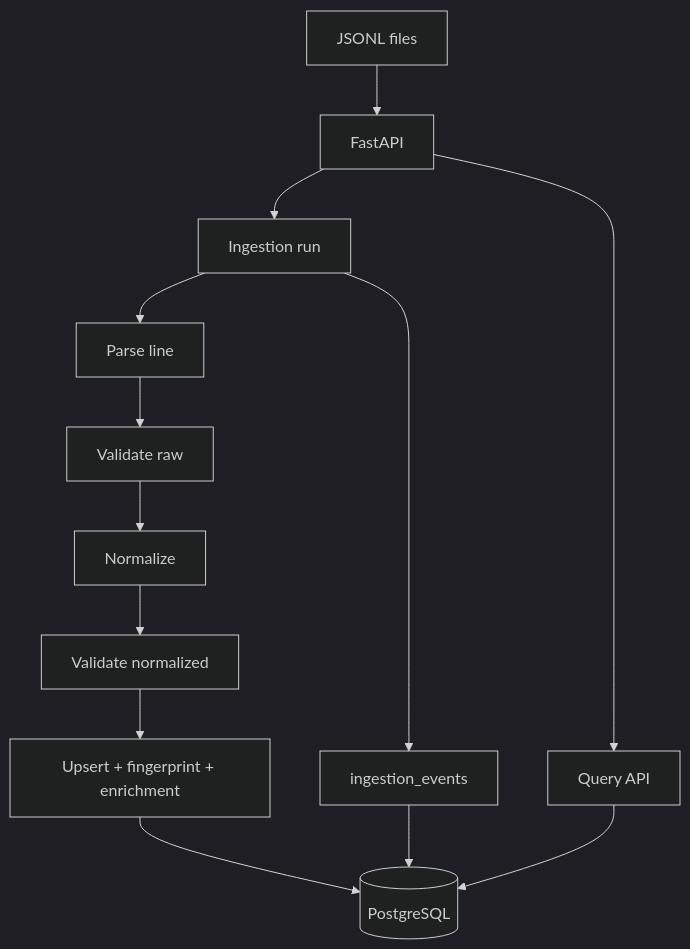
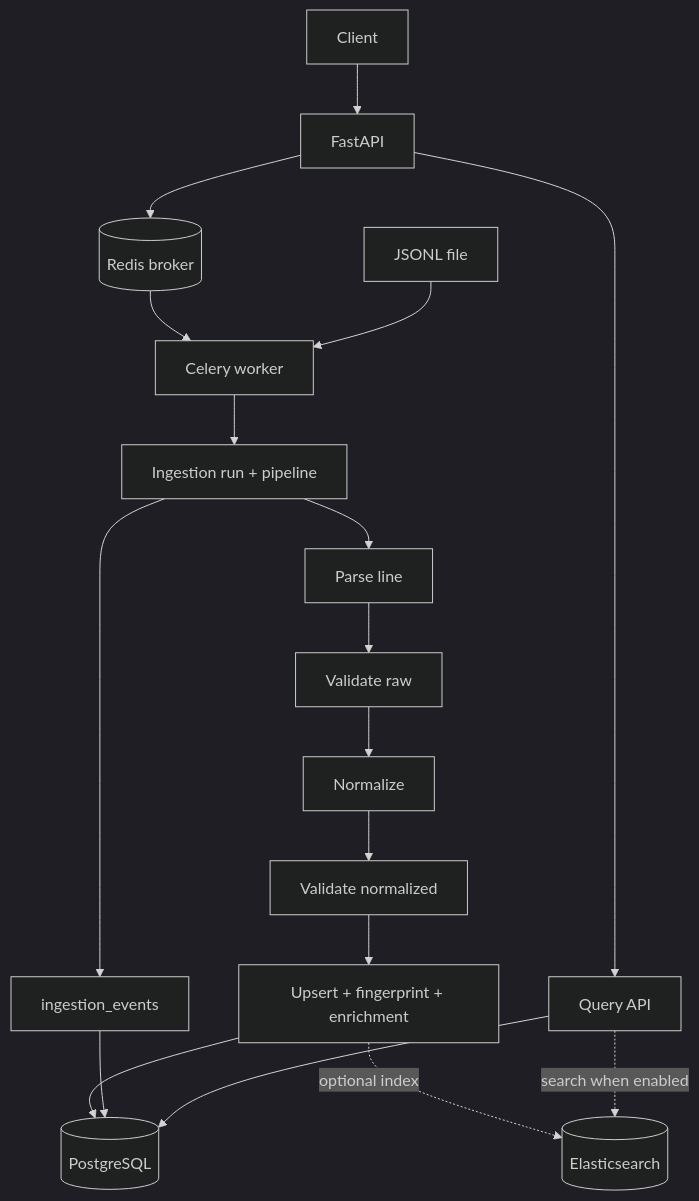
One commit to alexkos/test_documents changed the second of 3 diagrams in README.md. Above: the diagram before and after it, drawn with Mermaid (dark theme). The commit also changed other lines of this file and 18 other files, not shown here.

Commit message:
add elasticsearch for =search parameter of /documents... endpoint

````diff
--- a/README.md
+++ b/README.md
@@ -88,15 +90,20 @@
 ```mermaid
 flowchart TD
-    A[JSONL files] --> B[FastAPI]
-    B --> C[Ingestion run]
+    Client[Client] --> API[FastAPI]
+    API --> Redis[(Redis broker)]
+    Redis --> W[Celery worker]
+    J[JSONL file] --> W
+    W --> C[Ingestion run + pipeline]
     C --> P[Parse line]
     P --> VR[Validate raw]
     VR --> N[Normalize]
     N --> VN[Validate normalized]
     VN --> U[Upsert + fingerprint + enrichment]
     U --> F[(PostgreSQL)]
+    U -. optional index .-> ES[(Elasticsearch)]
     C --> M[ingestion_events]
     M --> F
-    B --> Q[Query API]
+    API --> Q[Query API]
     Q --> F
+    Q -. search when enabled .-> ES
 ```
````
